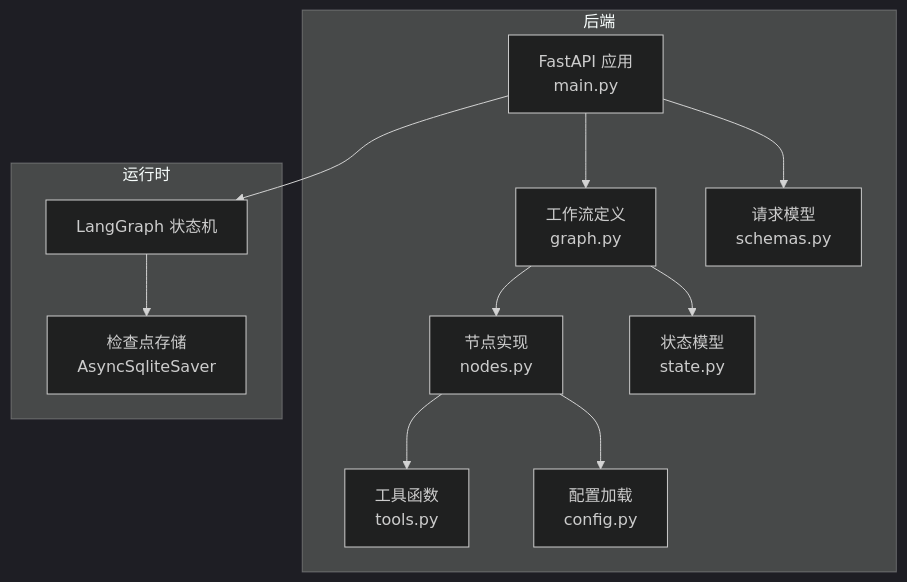
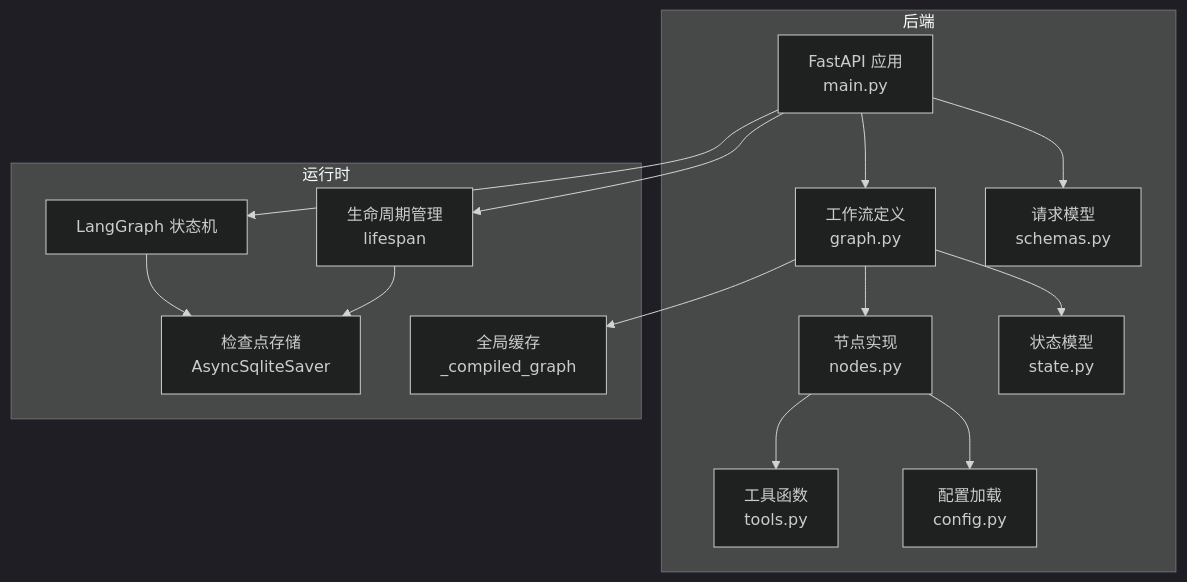
One commit to sundew26/agent-week3 changed the first of 4 diagrams in .qoder/repowiki/zh/content/系统架构/后端架构/LangGraph 工作流引擎.md. Above: the diagram before and after it, drawn with Mermaid (dark theme). The commit also changed other lines of this file and 8 other files, not shown here.

````diff
--- a/.qoder/repowiki/zh/content/系统架构/后端架构/LangGraph 工作流引擎.md
+++ b/.qoder/repowiki/zh/content/系统架构/后端架构/LangGraph 工作流引擎.md
@@ -33,24 +40,29 @@
 ```mermaid
 graph TB
 subgraph "后端"
 A["FastAPI 应用<br/>main.py"]
 B["工作流定义<br/>graph.py"]
 C["节点实现<br/>nodes.py"]
 D["状态模型<br/>state.py"]
 E["工具函数<br/>tools.py"]
 F["配置加载<br/>config.py"]
 G["请求模型<br/>schemas.py"]
 end
 subgraph "运行时"
 H["LangGraph 状态机"]
 I["检查点存储<br/>AsyncSqliteSaver"]
+J["全局缓存<br/>_compiled_graph"]
+K["生命周期管理<br/>lifespan"]
 end
 A --> B
 B --> C
 B --> D
 C --> E
 C --> F
 A --> G
 A --> H
 H --> I
+B --> J
+A --> K
+K --> I
 ```
````
